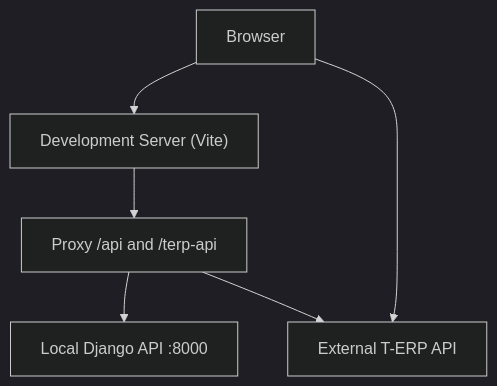
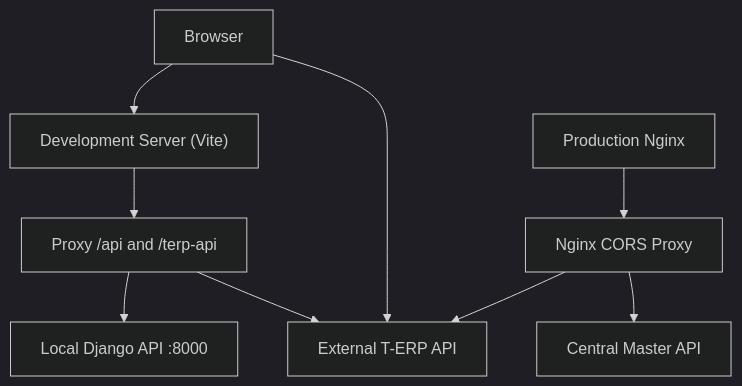
Before and after one commit to imcbsglobal/TRELLISCO_ERP_FRONTEND: the second of 7 diagrams in .qoder/repowiki/en/content/Deployment Guide.md, drawn with Mermaid (dark theme). The commit also changed other lines of this file and 24 other files, not shown here.

````diff
--- a/.qoder/repowiki/en/content/Deployment Guide.md
+++ b/.qoder/repowiki/en/content/Deployment Guide.md
@@ -79,8 +99,11 @@
 ```mermaid
 flowchart TD
 Dev["Development Server (Vite)"] --> Proxy["Proxy /api and /terp-api"]
 Proxy --> Backend["Local Django API :8000"]
 Proxy --> TERP["External T-ERP API"]
 Client["Browser"] --> Dev
 Client --> TERP
+Prod["Production Nginx"] --> NginxProxy["Nginx CORS Proxy"]
+NginxProxy --> TERP
+NginxProxy --> Central["Central Master API"]
 ```
````
